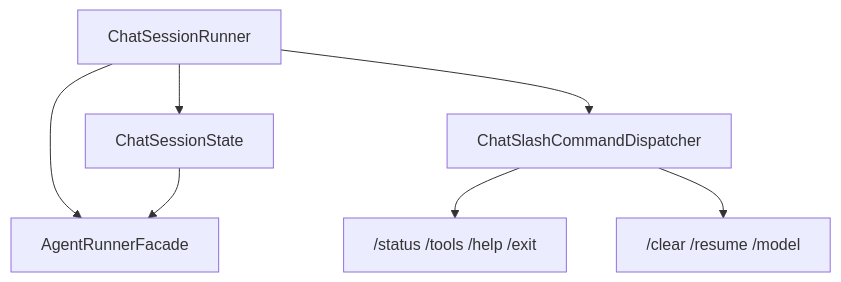
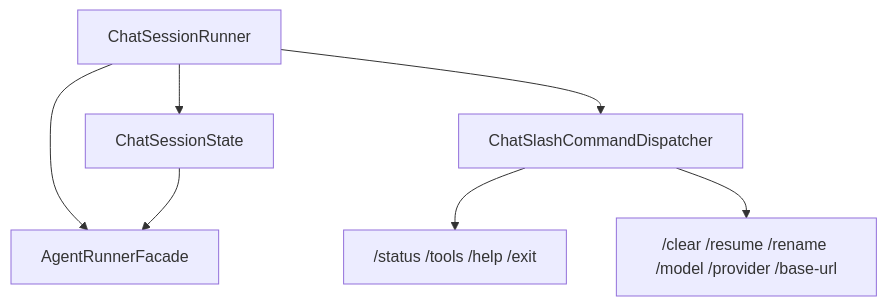
Before and after one commit to MarcelLeon/claw-code-java: the second of 3 diagrams in docs/architecture.md, drawn with Mermaid. The commit also changed other lines of this file and 16 other files, not shown here.

````diff
--- a/docs/architecture.md
+++ b/docs/architecture.md
@@ -78,9 +84,9 @@
 ```mermaid
 flowchart TD
     A["ChatSessionRunner"] --> B["ChatSessionState"]
     A --> C["ChatSlashCommandDispatcher"]
     C --> D["/status /tools /help /exit"]
-    C --> E["/clear /resume /model"]
+    C --> E["/clear /resume /rename /model /provider /base-url"]
     A --> F["AgentRunnerFacade"]
     B --> F
 ```
````
